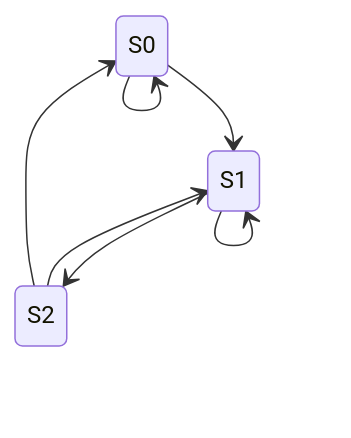
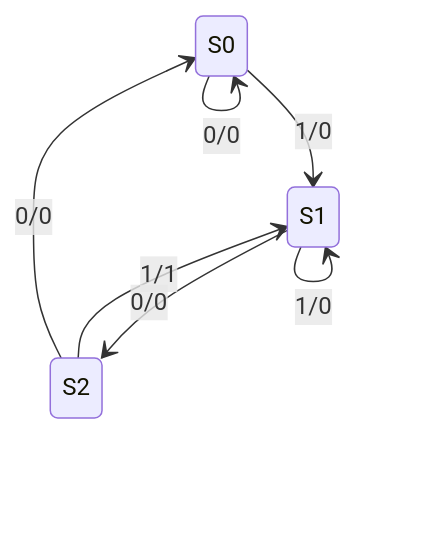
The diagram in SystemVerilog/tutorial/fsm/mealy/README.md (PavlosTzitzos/HDLs-intro), drawn with Mermaid before and after one commit.

````diff
--- a/SystemVerilog/tutorial/fsm/mealy/README.md
+++ b/SystemVerilog/tutorial/fsm/mealy/README.md
@@ -6,9 +6,9 @@
 ```mermaid
 stateDiagram
-    S0 --> S0
-    S0 --> S1
-    S1 --> S1
-    S1 --> S2
-    S2 --> S1
-    S2 --> S0
+    S0 --> S0 : 0/0
+    S0 --> S1 : 1/0
+    S1 --> S1 : 1/0
+    S1 --> S2 : 0/0
+    S2 --> S1 : 1/1
+    S2 --> S0 : 0/0
 ```
````
